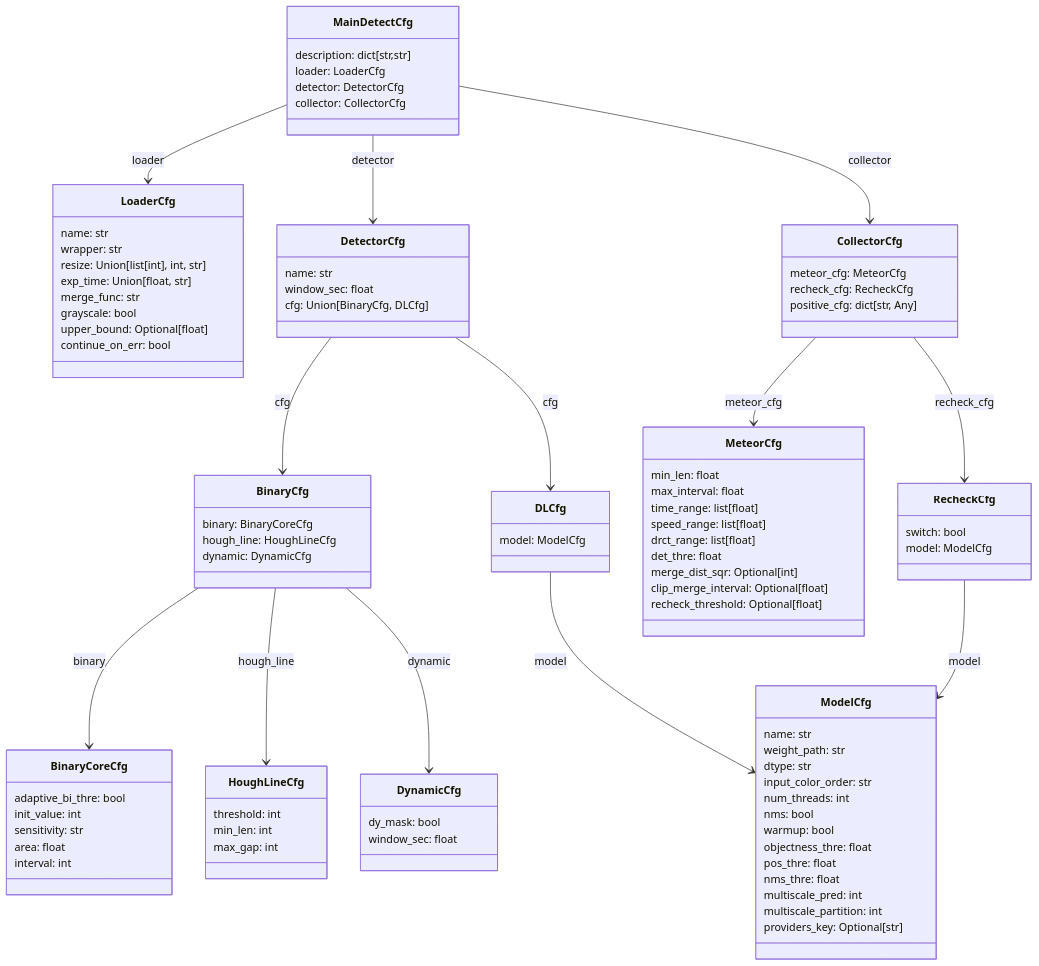
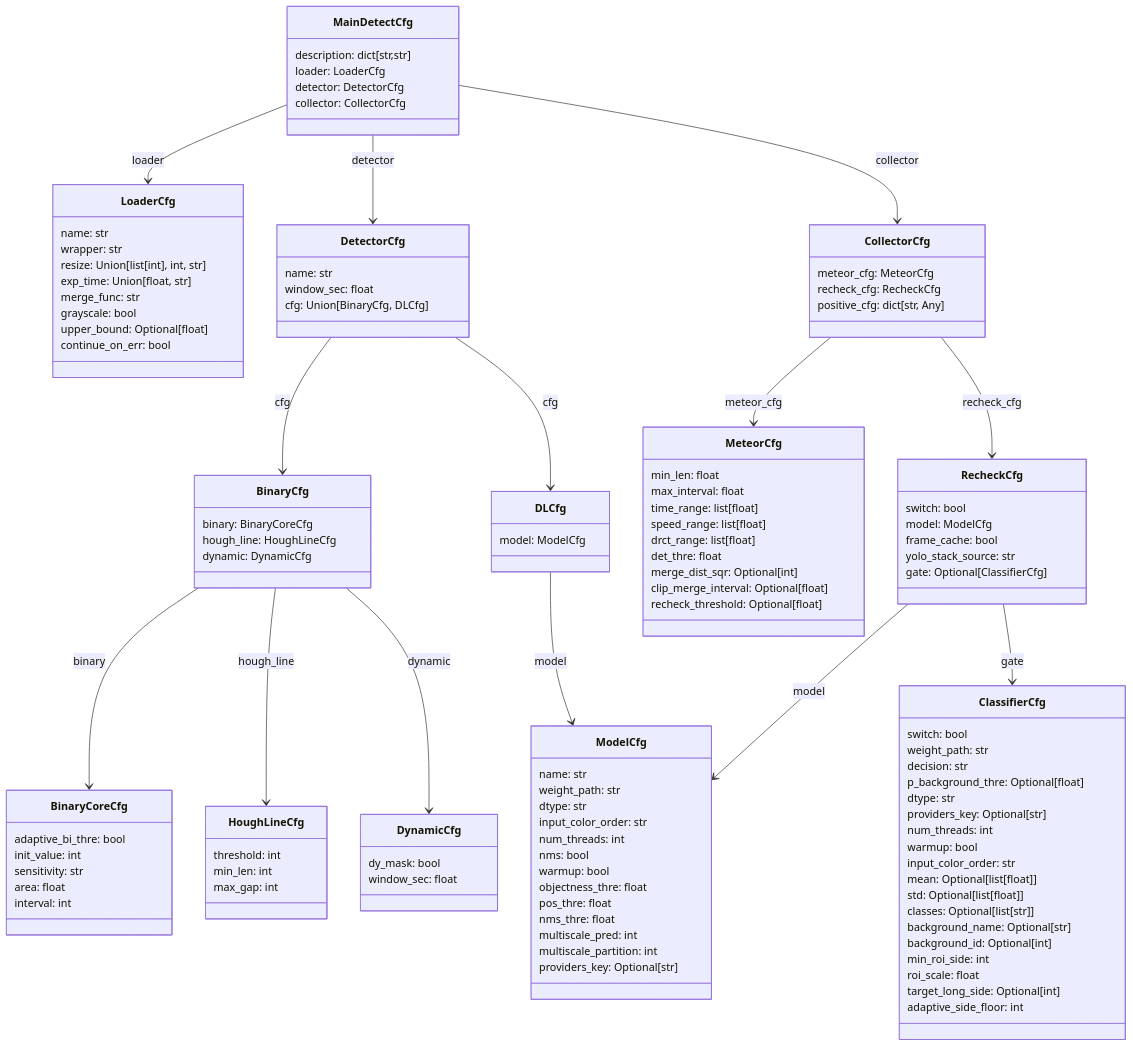
One commit to LilacMeteorObservatory/MetDetPy changed the first of 2 diagrams in docs/config-doc-cn.md. Above: the diagram before and after it, drawn with Mermaid. The commit also changed other lines of this file and 20 other files, not shown here.

First line of the commit message:
feat(recheck): add ROI gate and recheck frame cache, ship v2alpha gate model (v2.7.0)

````diff
--- a/docs/config-doc-cn.md
+++ b/docs/config-doc-cn.md
@@ -101,6 +101,30 @@
 class RecheckCfg {
     switch: bool
     model: ModelCfg
+    frame_cache: bool
+    yolo_stack_source: str
+    gate: Optional[ClassifierCfg]
+}
+
+class ClassifierCfg {
+    switch: bool
+    weight_path: str
+    decision: str
+    p_background_thre: Optional[float]
+    dtype: str
+    providers_key: Optional[str]
+    num_threads: int
+    warmup: bool
+    input_color_order: str
+    mean: Optional[list[float]]
+    std: Optional[list[float]]
+    classes: Optional[list[str]]
+    background_name: Optional[str]
+    background_id: Optional[int]
+    min_roi_side: int
+    roi_scale: float
+    target_long_side: Optional[int]
+    adaptive_side_floor: int
 }
 
 class CollectorCfg {
@@ -129,6 +153,7 @@
 
 DLCfg --> ModelCfg : model
 RecheckCfg --> ModelCfg : model
+RecheckCfg --> ClassifierCfg : gate
 CollectorCfg --> MeteorCfg : meteor_cfg
 CollectorCfg --> RecheckCfg : recheck_cfg
 ```
````
